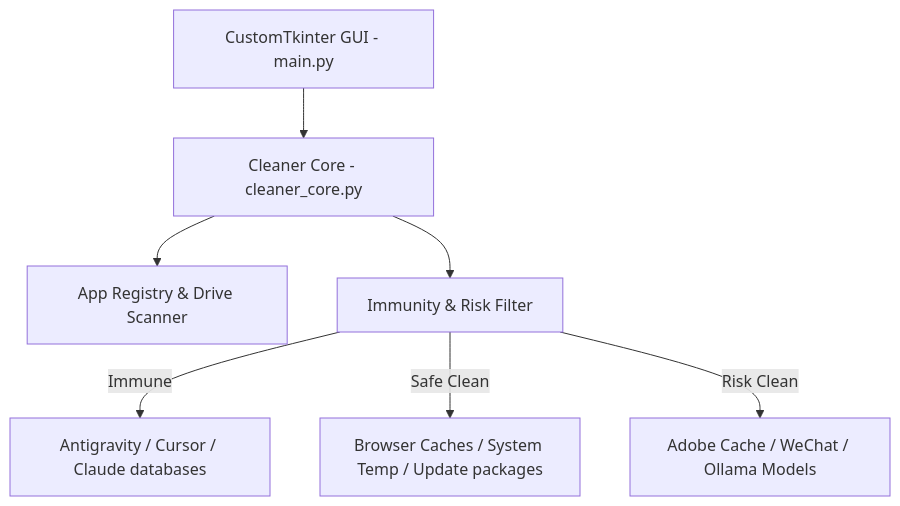
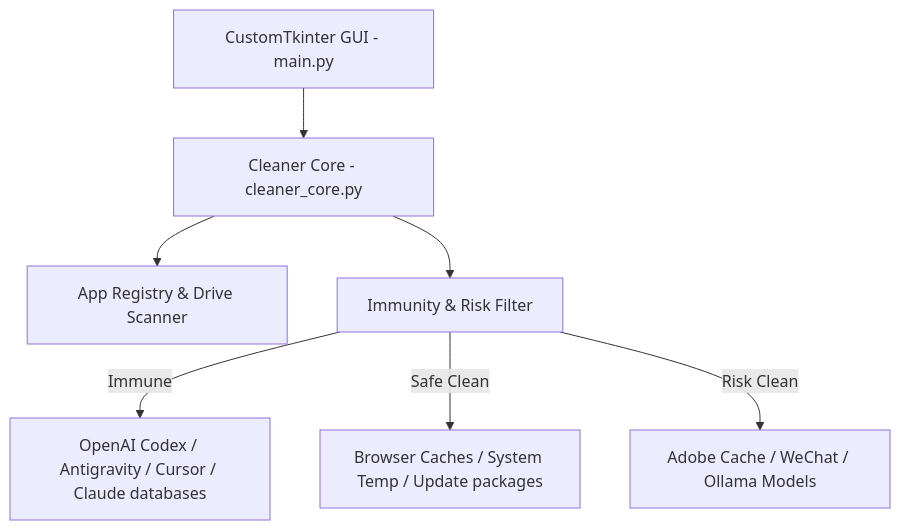
Before and after one commit to Hwalme/SafeCleanerPro: the diagram in README.md, drawn with Mermaid. The commit also changed other lines of this file and 3 other files, not shown here.

Commit message:
feat: hardcode OpenAI Codex to the active AI agent memory immunity net

````diff
--- a/README.md
+++ b/README.md
@@ -59,9 +60,9 @@
 ```mermaid
 graph TD
     UI[CustomTkinter GUI - main.py] --> Core[Cleaner Core - cleaner_core.py]
     Core --> Scan[App Registry & Drive Scanner]
     Core --> Filter[Immunity & Risk Filter]
-    Filter --> |Immune| Locked[Antigravity / Cursor / Claude databases]
+    Filter --> |Immune| Locked[OpenAI Codex / Antigravity / Cursor / Claude databases]
     Filter --> |Safe Clean| Sys[Browser Caches / System Temp / Update packages]
     Filter --> |Risk Clean| Risk[Adobe Cache / WeChat / Ollama Models]
 ```
````
